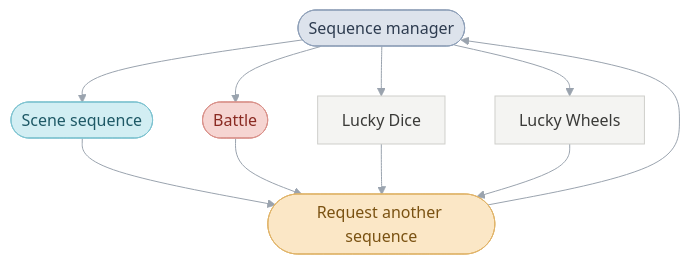
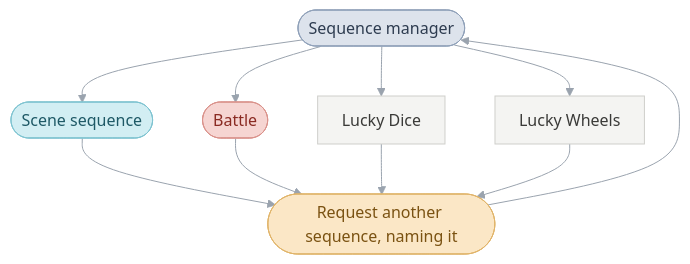
One commit to PascalPixel/alchemy changed the second of 7 diagrams in games/tbs/README.md. Above: the diagram before and after it, drawn with Mermaid. The commit also changed other lines of this file, not shown here.

First line of the commit message:
☀️ Front page: the charts close five gaps a reader from the charts alone hit

````diff
--- a/games/tbs/README.md
+++ b/games/tbs/README.md
@@ -48,18 +48,18 @@
 ```mermaid
 %%{init: {"theme": "base", "themeVariables": {"lineColor": "#9AA3AE", "edgeLabelBackground": "#FFFFFF"}, "flowchart": {"curve": "basis", "padding": 12}}}%%
 flowchart TD
   loop(["Sequence manager"]) --> scene(["Scene sequence"]) & battle(["Battle"]) & dice["Lucky Dice"] & wheels["Lucky Wheels"]
-  scene & battle & dice & wheels --> back(["Request another sequence"])
+  scene & battle & dice & wheels --> back(["Request another sequence, naming it"])
   back --> loop
   classDef sequenceManager fill:#DDE3EC,stroke:#8FA0B8,color:#2E3C50
   classDef sceneSequence fill:#D2EEF3,stroke:#7FC3D0,color:#1E5966
   classDef battle fill:#F6D5D2,stroke:#D9928B,color:#8A2A22
   classDef sceneManager fill:#D3EBD9,stroke:#8DC49E,color:#25603A
   classDef request fill:#FBE7C6,stroke:#E0B46A,color:#7A5212
   classDef step fill:#F4F4F2,stroke:#CFCFCB,color:#3A3A38
   class loop sequenceManager
   class scene sceneSequence
   class back request
   class battle battle
   class dice,wheels step
 ```
````
